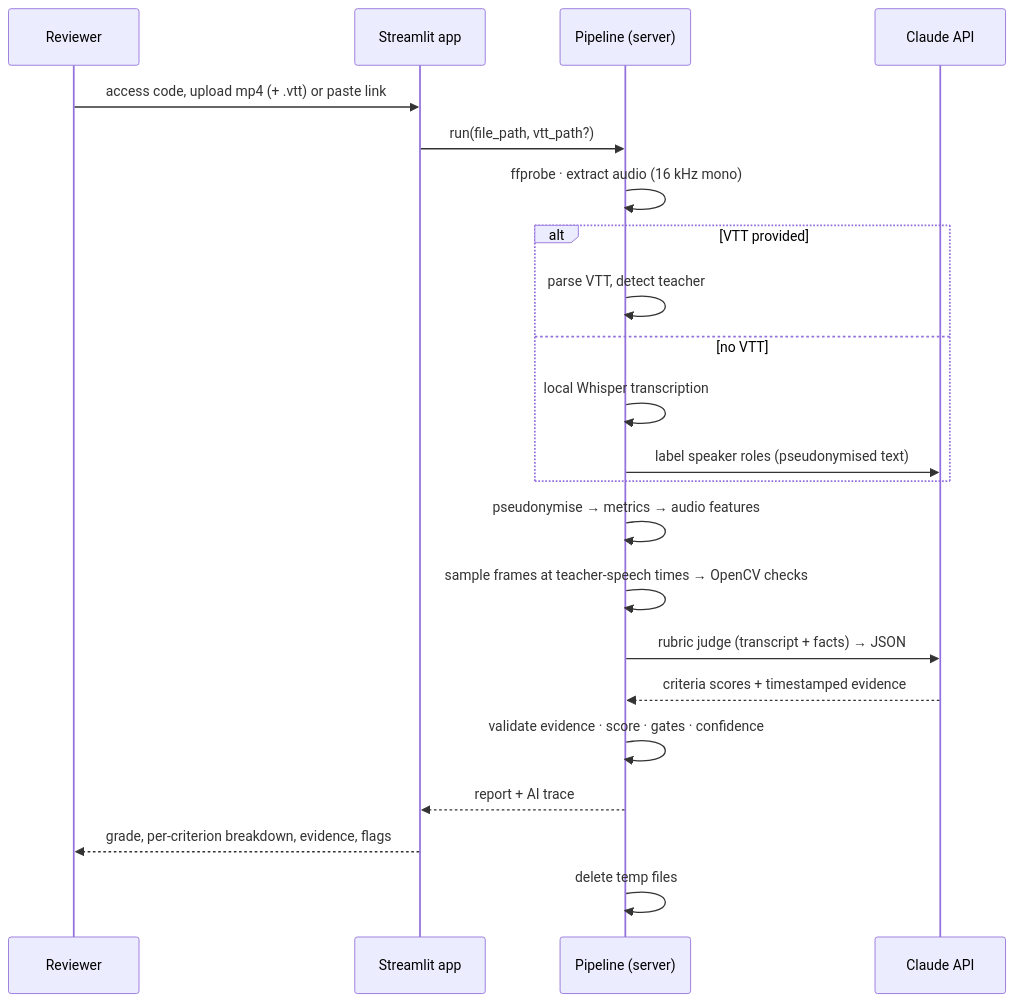
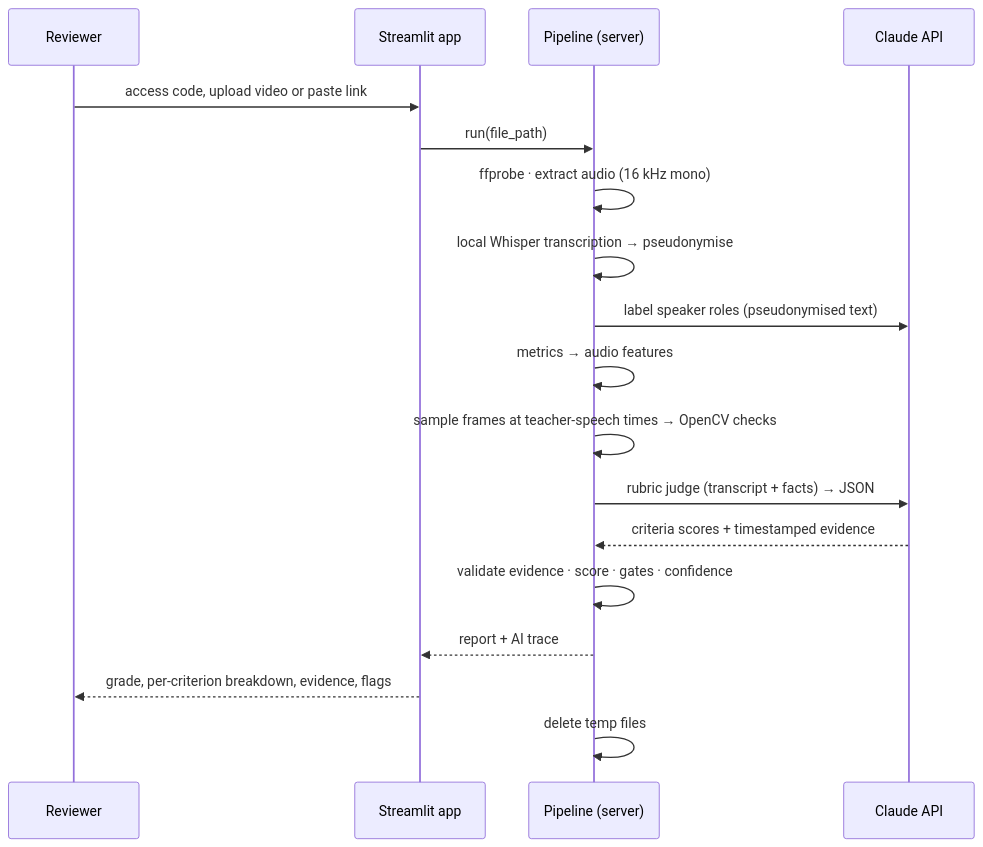
The second of 2 diagrams in docs/HLD.md (Ashish94312/classlens), drawn with Mermaid before and after one commit. The commit also changed other lines of this file and 54 other files, not shown here.

Commit message:
Video-only pipeline: speech-to-text, roles, rubric judge, grade, report

````diff
--- a/docs/HLD.md
+++ b/docs/HLD.md
@@ -151,24 +160,20 @@
 ```mermaid
 sequenceDiagram
   participant R as Reviewer
   participant A as Streamlit app
   participant P as Pipeline (server)
   participant C as Claude API
-  R->>A: access code, upload mp4 (+ .vtt) or paste link
-  A->>P: run(file_path, vtt_path?)
+  R->>A: access code, upload video or paste link
+  A->>P: run(file_path)
   P->>P: ffprobe · extract audio (16 kHz mono)
-  alt VTT provided
-    P->>P: parse VTT, detect teacher
-  else no VTT
-    P->>P: local Whisper transcription
-    P->>C: label speaker roles (pseudonymised text)
-  end
-  P->>P: pseudonymise → metrics → audio features
+  P->>P: local Whisper transcription → pseudonymise
+  P->>C: label speaker roles (pseudonymised text)
+  P->>P: metrics → audio features
   P->>P: sample frames at teacher-speech times → OpenCV checks
   P->>C: rubric judge (transcript + facts) → JSON
   C-->>P: criteria scores + timestamped evidence
   P->>P: validate evidence · score · gates · confidence
   P-->>A: report + AI trace
   A-->>R: grade, per-criterion breakdown, evidence, flags
   P->>P: delete temp files
 ```
````
